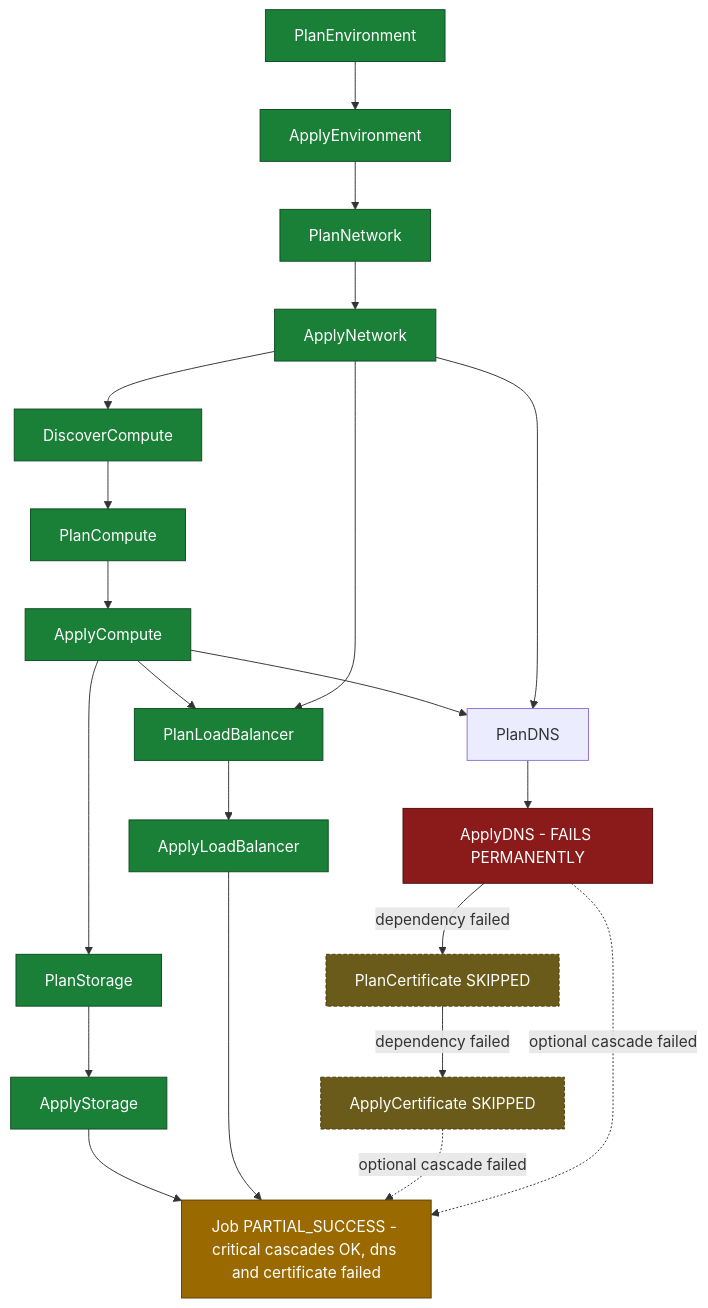
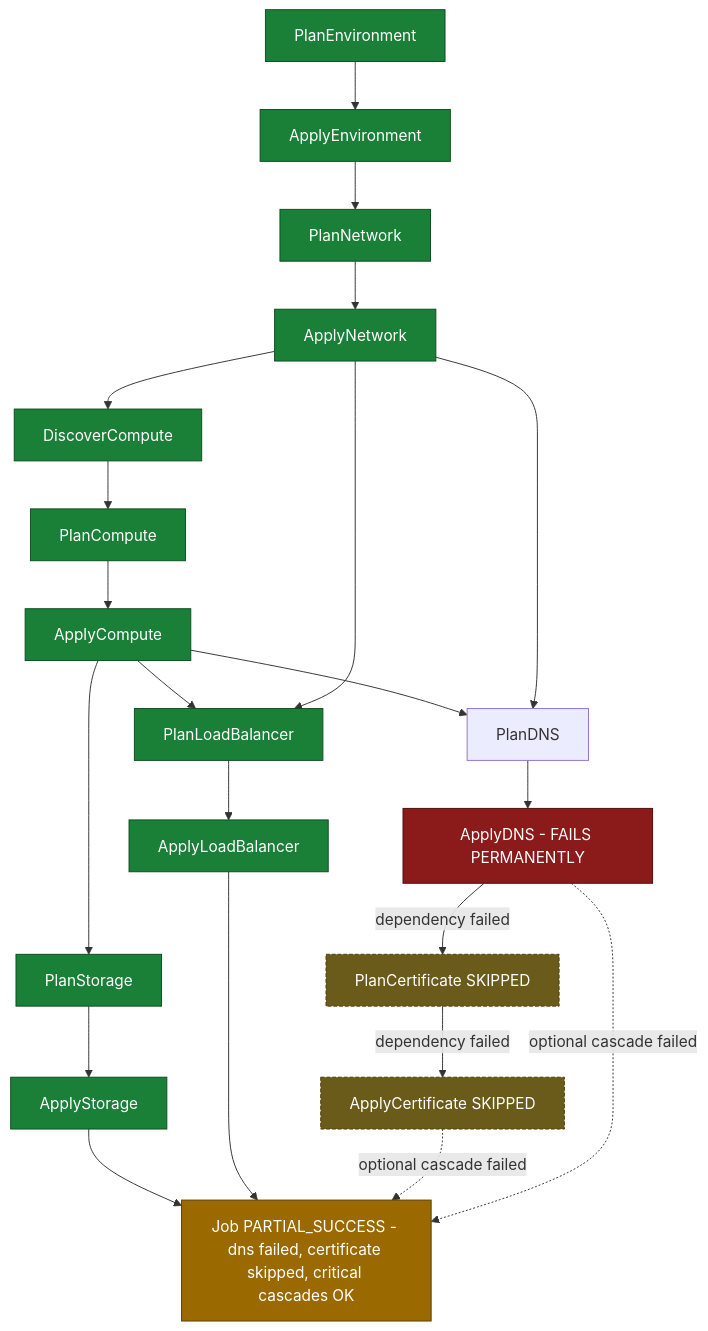
Before and after one commit to inctasoft/setpoint-evals-dtm-examples: the diagram in workflows/infra-provisioning/setpoint-evals/SE-04-cascade-failure-propagation/README.md, drawn with Mermaid. The commit also changed other lines of this file and 4 other files, not shown here.

````diff
--- a/workflows/infra-provisioning/setpoint-evals/SE-04-cascade-failure-propagation/README.md
+++ b/workflows/infra-provisioning/setpoint-evals/SE-04-cascade-failure-propagation/README.md
@@ -23,36 +31,36 @@
 ```mermaid
 flowchart TD
     PE[PlanEnvironment] --> AE[ApplyEnvironment]
     AE --> PN[PlanNetwork]
     PN --> AN[ApplyNetwork]
     AN --> DC[DiscoverCompute]
     DC --> PC[PlanCompute]
     PC --> AC[ApplyCompute]
 
     AC --> PS[PlanStorage] --> AS[ApplyStorage]
 
     AC --> PD[PlanDNS]
     AN --> PD
     PD --> AD["ApplyDNS - FAILS PERMANENTLY"]
     AD -->|"dependency failed"| PCert["PlanCertificate SKIPPED"]
     PCert -->|"dependency failed"| ACert["ApplyCertificate SKIPPED"]
 
     AC --> PLB[PlanLoadBalancer]
     AN --> PLB
     PLB --> ALB[ApplyLoadBalancer]
 
     AS --> OUT
     ALB --> OUT
     ACert -.->|"optional cascade failed"| OUT
     AD -.->|"optional cascade failed"| OUT
-    OUT["Job PARTIAL_SUCCESS - critical cascades OK, dns and certificate failed"]
+    OUT["Job PARTIAL_SUCCESS - dns failed, certificate skipped, critical cascades OK"]
 
     classDef ok fill:#1a7f37,stroke:#0d4d21,color:#fff
     classDef failedNode fill:#8b1a1a,stroke:#4d0d0d,color:#fff
     classDef skippedNode fill:#6b5b1a,stroke:#4d3d0d,color:#fff,stroke-dasharray: 4 2
     classDef partial fill:#9a6a00,stroke:#5c3f00,color:#fff
     class PE,AE,PN,AN,DC,PC,AC,PS,AS,PLB,ALB ok
     class AD failedNode
     class PCert,ACert skippedNode
     class OUT partial
 ```
````
